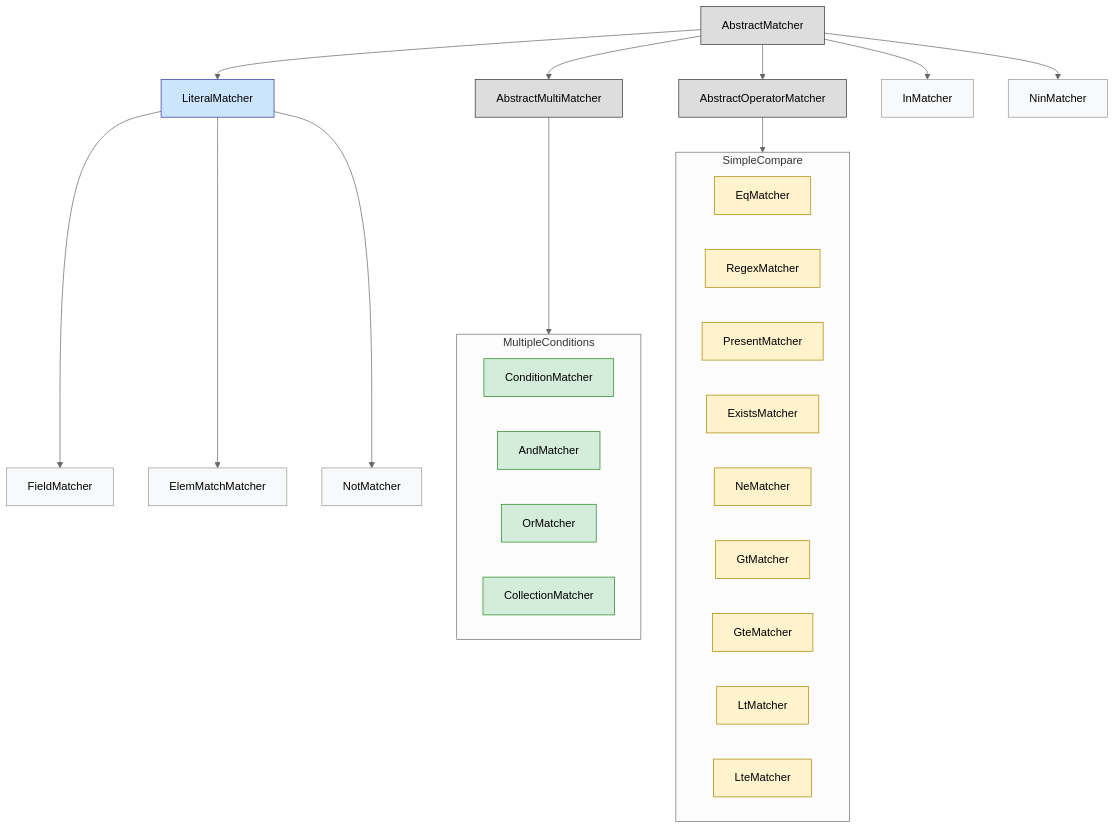
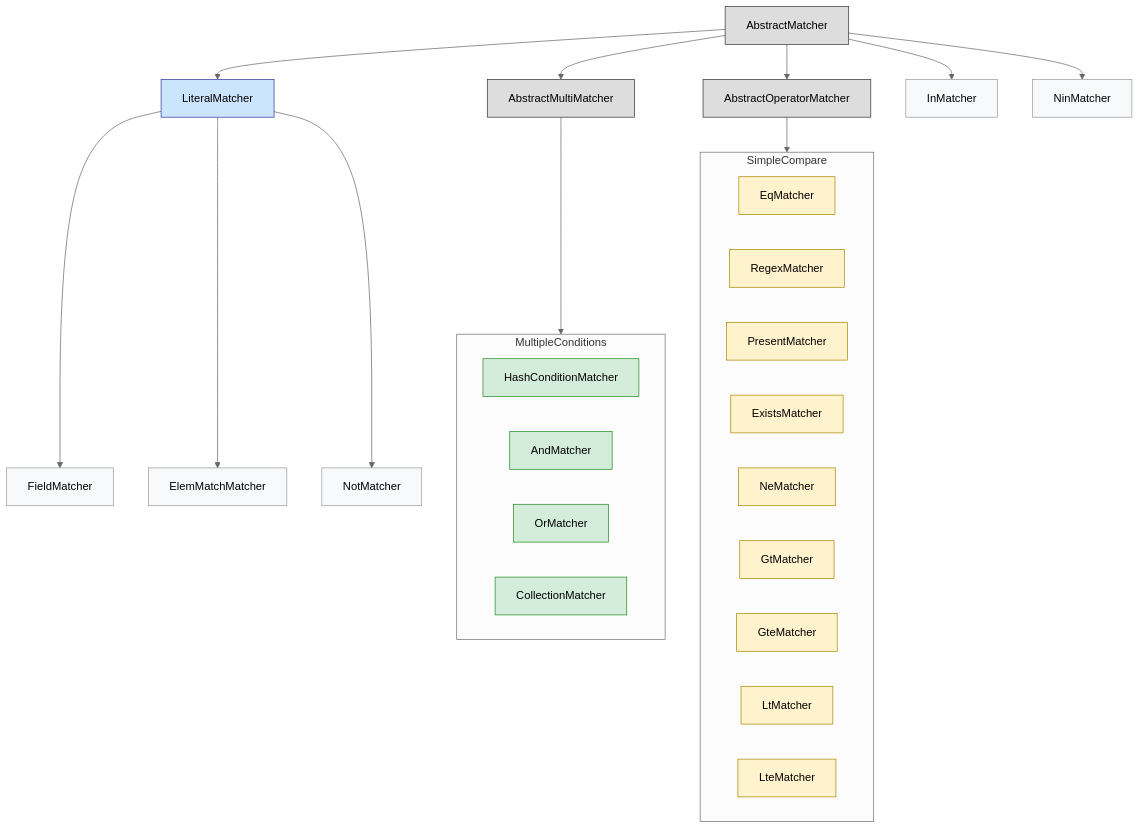
One commit to koten0224/mongory changed the diagram in lib/mongory/matchers/README.md. Above: the diagram before and after it, drawn with Mermaid. The commit also changed 7 other files, not shown here.

Commit message:
refactor(condition_matcher): rename to hash_condition_matcher

````diff
--- a/lib/mongory/matchers/README.md
+++ b/lib/mongory/matchers/README.md
@@ -3,55 +3,55 @@
 ```mermaid
 ---
 config:
   theme: neutral
   look: classic
 ---
 
 graph TD
   %% style blocks
   classDef abstract fill:#ddd,stroke:#333,stroke-width:1px,color:#000;
   classDef main fill:#cce5ff,stroke:#339,stroke-width:1px;
   classDef multi fill:#d4edda,stroke:#282,stroke-width:1px;
   classDef operator fill:#fff3cd,stroke:#aa8800,stroke-width:1px;
   classDef leaf fill:#f8f9fa,stroke:#999,stroke-width:1px;
 
   %% Abstract base classes
   A[AbstractMatcher]
   C[AbstractMultiMatcher]
   D[AbstractOperatorMatcher]
 
   subgraph MultipleConditions
-    F[ConditionMatcher]
+    F[HashConditionMatcher]
     I[AndMatcher]
     J[OrMatcher]
     W[CollectionMatcher]
   end
 
   subgraph SimpleCompare
     E[EqMatcher]
     K[RegexMatcher]
     L[PresentMatcher]
     M[ExistsMatcher]
     O[NeMatcher]
     Q[GtMatcher]
     R[GteMatcher]
     S[LtMatcher]
     T[LteMatcher]
   end
 
   A --> B[LiteralMatcher]
   A --> U[InMatcher]
   A --> V[NinMatcher]
   A --> C --> MultipleConditions
   A --> D --> SimpleCompare
   B --> G[FieldMatcher]
   B --> H[ElemMatchMatcher]
   B --> N[NotMatcher]
 
   %% Apply classes
   class A,C,D abstract;
   class B main;
   class F,I,J,W multi;
   class E,K,L,M,O,Q,R,S,T operator;
   class G,U,V,H,N leaf;
 ```
````
